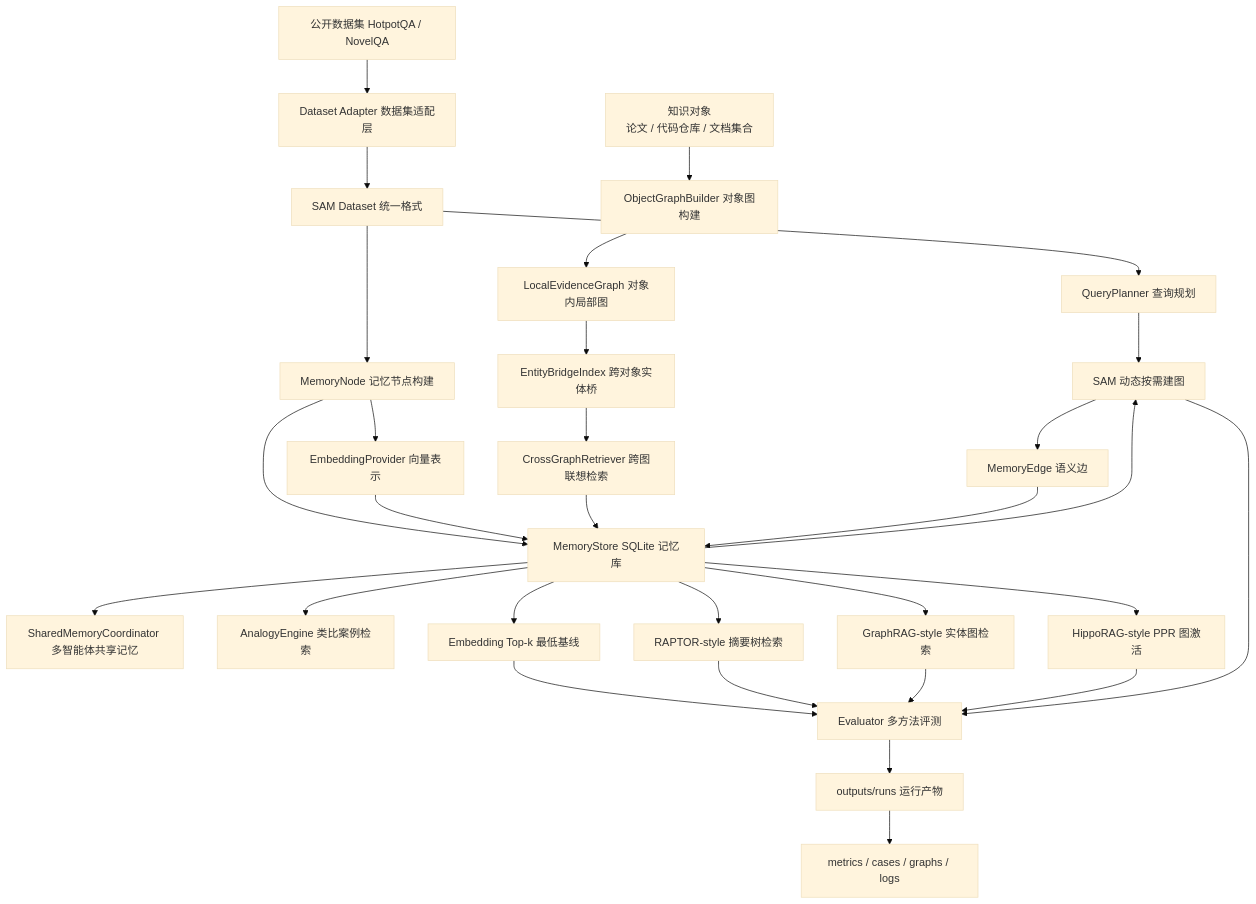
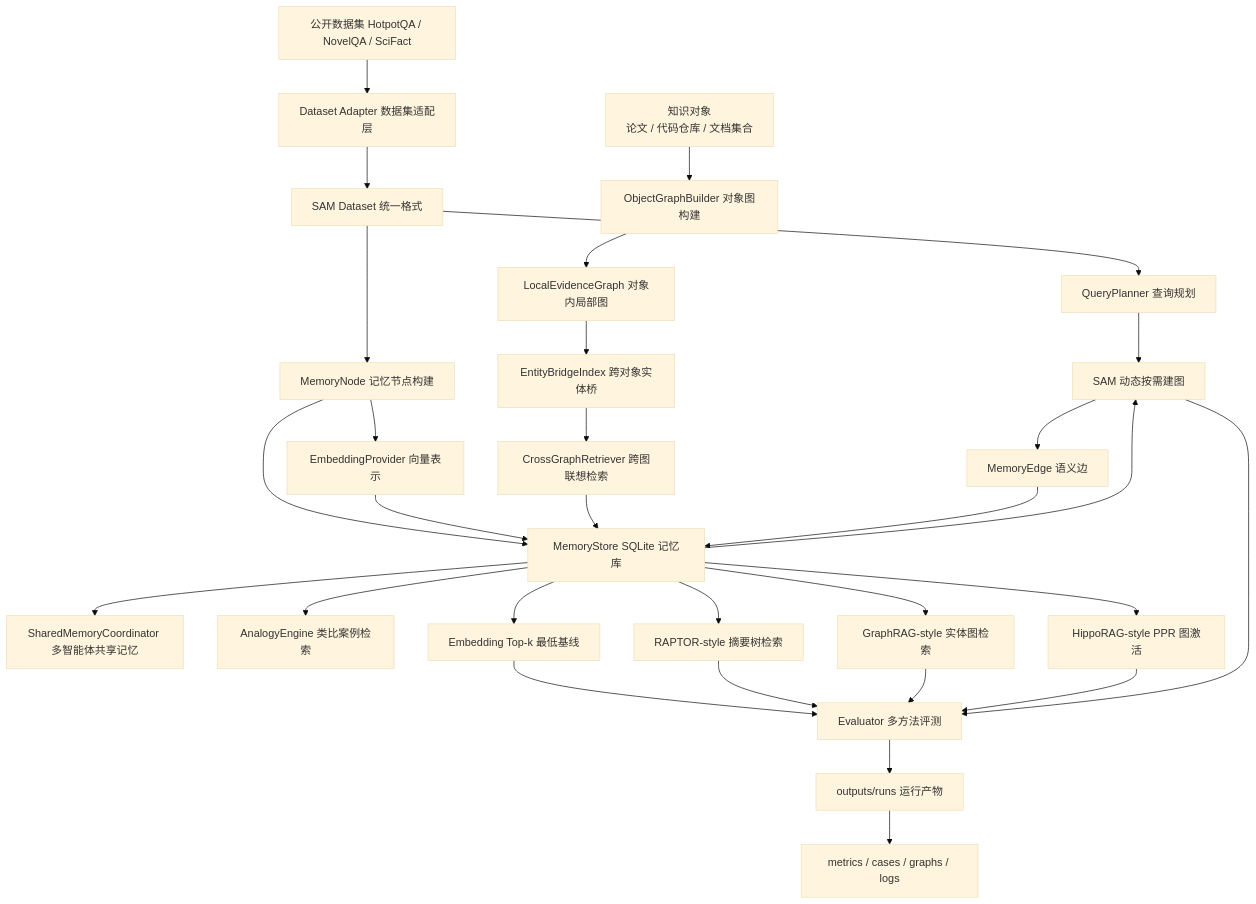
Before and after one commit to zhenyu228/semantic-associative-memory: the diagram in README.md, drawn with Mermaid (base theme). The commit also changed other lines of this file and 6 other files, not shown here.

Commit message:
feat: add scifact graph strategy evaluation

````diff
--- a/README.md
+++ b/README.md
@@ -47,32 +47,32 @@
 ```mermaid
 flowchart TD
-    A["公开数据集 HotpotQA / NovelQA"] --> B["Dataset Adapter 数据集适配层"]
+    A["公开数据集 HotpotQA / NovelQA / SciFact"] --> B["Dataset Adapter 数据集适配层"]
     B --> C["SAM Dataset 统一格式"]
     C --> X["QueryPlanner 查询规划"]
     C --> D["MemoryNode 记忆节点构建"]
     D --> E["EmbeddingProvider 向量表示"]
     D --> F["MemoryStore SQLite 记忆库"]
     E --> F
     A2["知识对象<br/>论文 / 代码仓库 / 文档集合"] --> B2["ObjectGraphBuilder 对象图构建"]
     B2 --> C2["LocalEvidenceGraph 对象内局部图"]
     C2 --> D2["EntityBridgeIndex 跨对象实体桥"]
     D2 --> R2["CrossGraphRetriever 跨图联想检索"]
     R2 --> F
     F --> P["SharedMemoryCoordinator 多智能体共享记忆"]
     F --> Q["AnalogyEngine 类比案例检索"]
     F --> G["Embedding Top-k 最低基线"]
     F --> H["RAPTOR-style 摘要树检索"]
     F --> I["GraphRAG-style 实体图检索"]
     F --> J["HippoRAG-style PPR 图激活"]
     X --> K["SAM 动态按需建图"]
     F --> K
     K --> L["MemoryEdge 语义边"]
     L --> F
     G --> M["Evaluator 多方法评测"]
     H --> M
     I --> M
     J --> M
     K --> M
     M --> N["outputs/runs 运行产物"]
     N --> O["metrics / cases / graphs / logs"]
 ```
````
